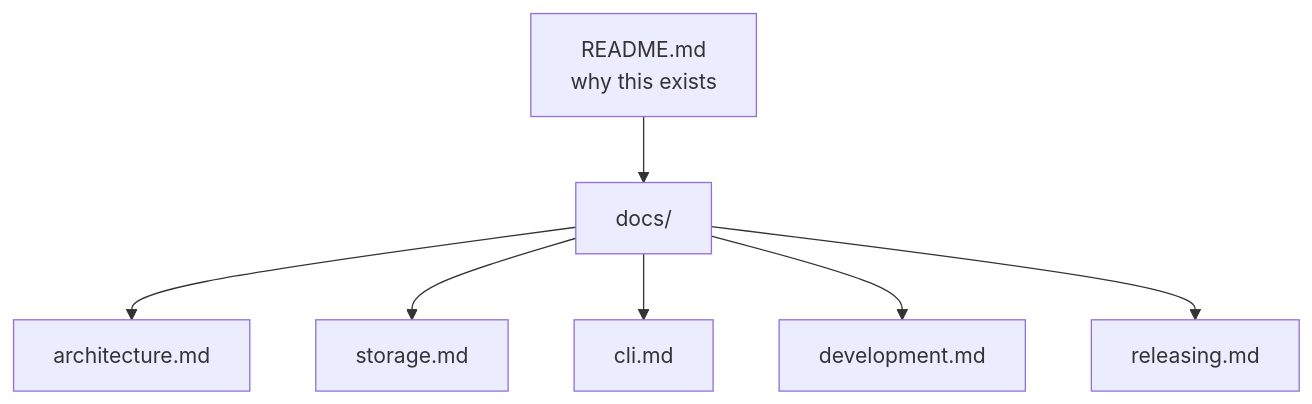
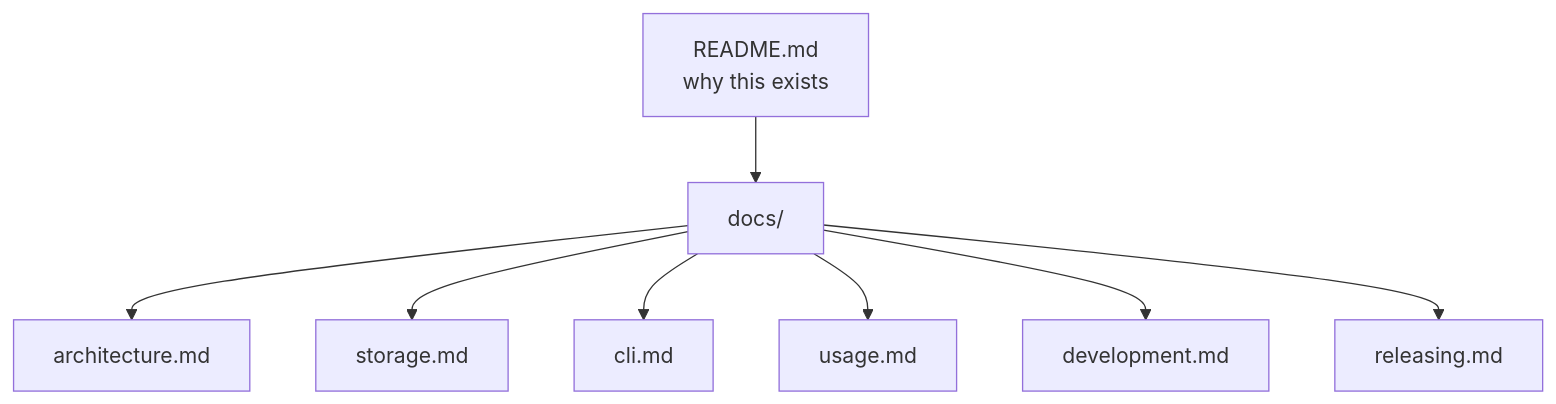
Before and after one commit to chaqchase/syft: the diagram in docs/README.md, drawn with Mermaid. The commit also changed other lines of this file and 21 other files, not shown here.

````diff
--- a/docs/README.md
+++ b/docs/README.md
@@ -9,17 +9,19 @@
 ```mermaid
 flowchart TD
     readme["README.md<br/>why this exists"]
     docs["docs/"]
     arch["architecture.md"]
     storage["storage.md"]
     cli["cli.md"]
+    usage["usage.md"]
     dev["development.md"]
     release["releasing.md"]
 
     readme --> docs
     docs --> arch
     docs --> storage
     docs --> cli
+    docs --> usage
     docs --> dev
     docs --> release
 ```
````
